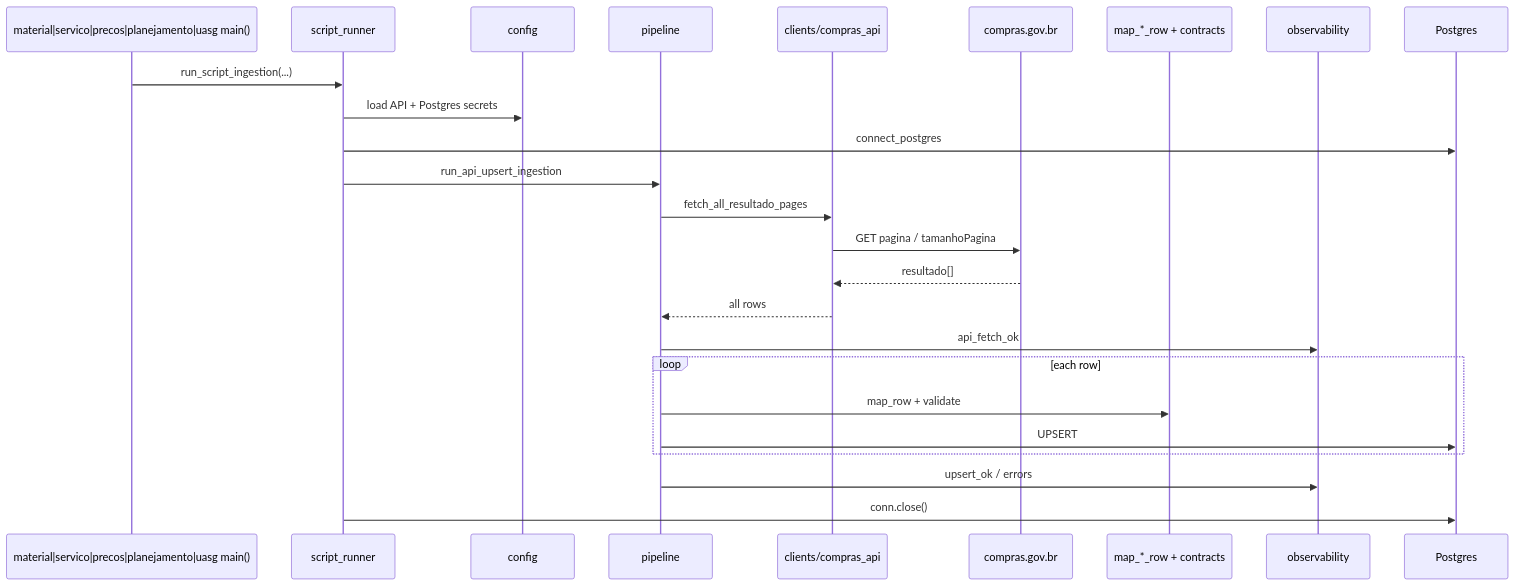
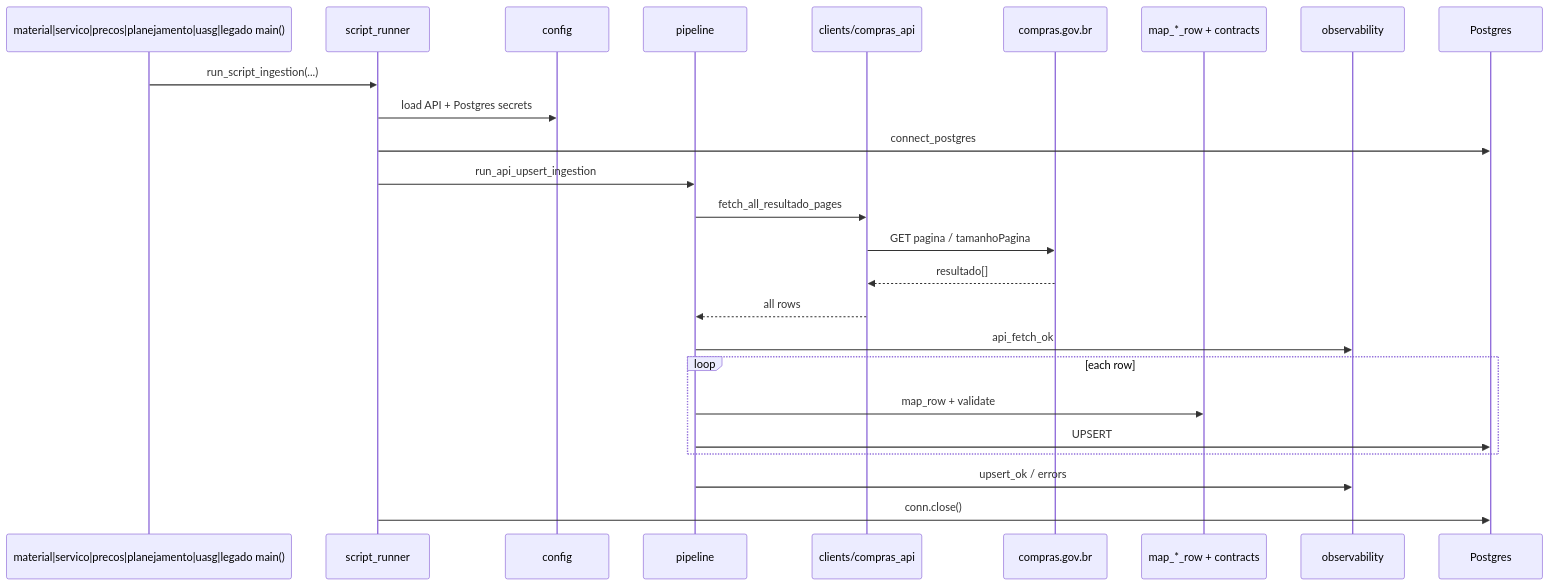
One commit to mpraes/open-gov-supply-chain-data changed the eighth of 8 diagrams in docs/architecture.md. Above: the diagram before and after it, drawn with Mermaid. The commit also changed other lines of this file and 120 other files, not shown here.

````diff
--- a/docs/architecture.md
+++ b/docs/architecture.md
@@ -148,28 +204,28 @@
 ```mermaid
 sequenceDiagram
-  participant SCR as material|servico|precos|planejamento|uasg main()
+  participant SCR as material|servico|precos|planejamento|uasg|legado main()
   participant RUN as script_runner
   participant CFG as config
   participant PIPE as pipeline
   participant CLI as clients/compras_api
   participant API as compras.gov.br
   participant MAP as map_*_row + contracts
   participant LOG as observability
   participant DB as Postgres
 
   SCR->>RUN: run_script_ingestion(...)
   RUN->>CFG: load API + Postgres secrets
   RUN->>DB: connect_postgres
   RUN->>PIPE: run_api_upsert_ingestion
   PIPE->>CLI: fetch_all_resultado_pages
   CLI->>API: GET pagina / tamanhoPagina
   API-->>CLI: resultado[]
   CLI-->>PIPE: all rows
   PIPE->>LOG: api_fetch_ok
   loop each row
     PIPE->>MAP: map_row + validate
     PIPE->>DB: UPSERT
   end
   PIPE->>LOG: upsert_ok / errors
   RUN->>DB: conn.close()
 ```
````
